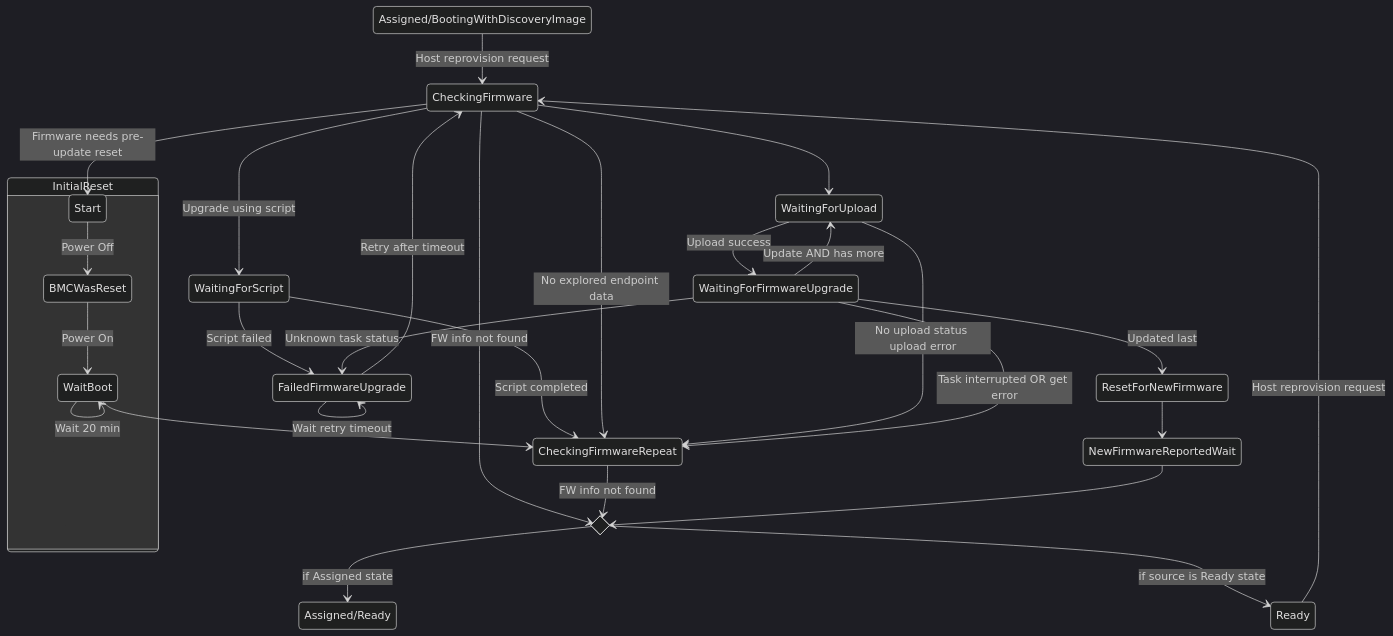
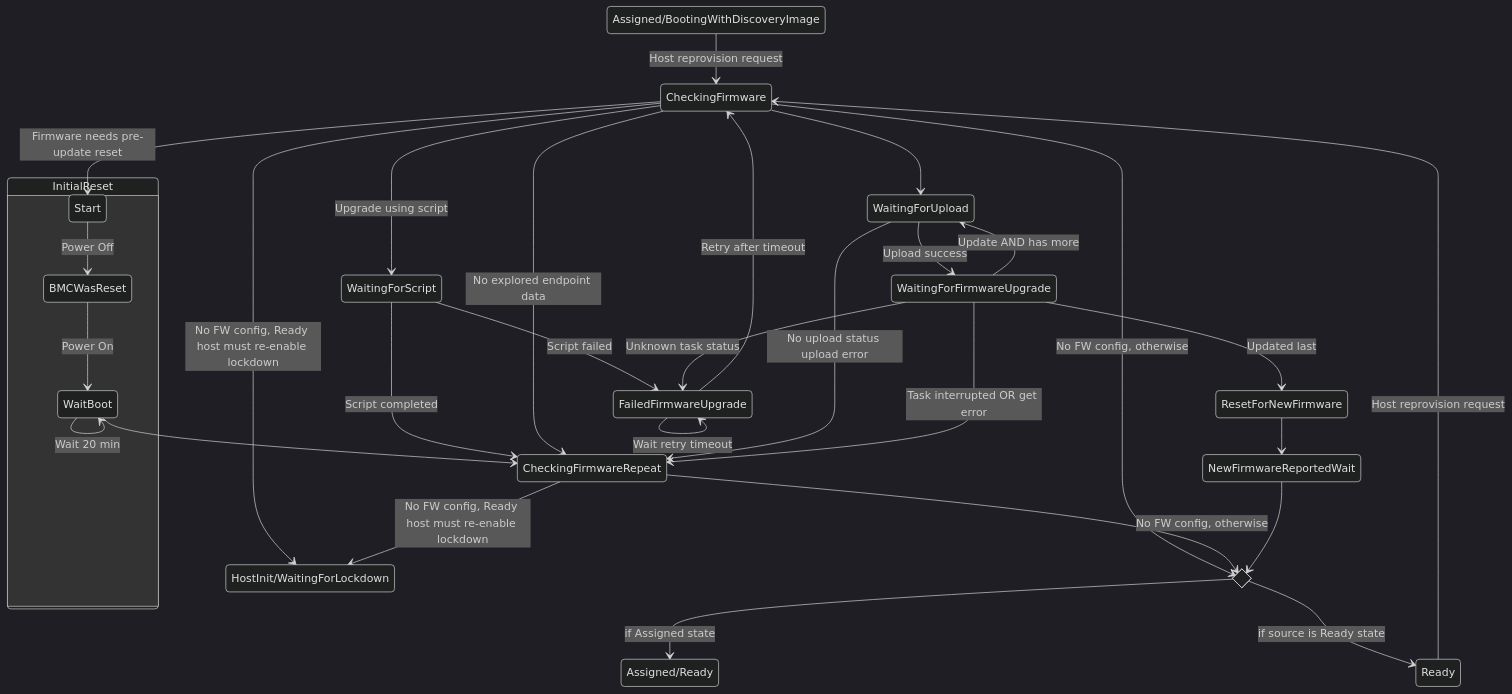
Diagram 16 of 20 in docs/architecture/state_machines/managedhost.md (dsx-ai-factory/infra-controller), drawn with Mermaid (dark theme) before and after one commit. The commit also changed 1 other file, not shown here.

Commit message:
fix(machine): log lockdown re-enable only when it runs
The no-config exit logged that lockdown was being re-enabled before the helper decided. That message now only records the missing config, and the re-enable log sits on the branch that actually enables lockdown. The reprovision diagram shows the Ready-host lockdown handoff.

````diff
--- a/docs/architecture/state_machines/managedhost.md
+++ b/docs/architecture/state_machines/managedhost.md
@@ -1031,51 +1031,54 @@
 ```mermaid
 stateDiagram-v2
     state Ready
     state "Assigned/BootingWithDiscoveryImage" as Assigned_A_BootingWithDiscoveryImage
 
     state "CheckingFirmware" as HR_CheckingFirmware
     state "CheckingFirmwareRepeat" as HR_CheckingFirmwareRepeat
     state "InitialReset" as HR_InitialReset {
         state "Start" as HR_IR_Start
         state "BMCWasReset" as HR_IR_BMCWasReset
         state "WaitBoot" as HR_IR_WaitBoot
     }
     state "WaitingForScript" as HR_WaitingForScript
     state "WaitingForUpload" as HR_WaitingForUpload
     state "WaitingForFirmwareUpgrade" as HR_WaitingForFirmwareUpgrade
     state "ResetForNewFirmware" as HR_ResetForNewFirmware
     state "NewFirmwareReportedWait" as HR_NewFirmwareReportedWait
     state "FailedFirmwareUpgrade" as HR_FailedFirmwareUpgrade
     state hr_completed <<choice>>
 
     state "Assigned/Ready" as Assigned_A_Ready
+    state "HostInit/WaitingForLockdown" as HI_WaitingForLockdown
 
     Ready --> HR_CheckingFirmware : Host reprovision request
     Assigned_A_BootingWithDiscoveryImage --> HR_CheckingFirmware : Host reprovision request
 
     HR_CheckingFirmware --> HR_IR_Start : Firmware needs pre-update reset
     HR_IR_Start --> HR_IR_BMCWasReset : Power Off
     HR_IR_BMCWasReset --> HR_IR_WaitBoot : Power On
     HR_IR_WaitBoot --> HR_IR_WaitBoot : Wait 20 min
     HR_IR_WaitBoot --> HR_CheckingFirmwareRepeat
     HR_CheckingFirmware --> HR_WaitingForScript : Upgrade using script
     HR_WaitingForScript --> HR_CheckingFirmwareRepeat : Script completed
     HR_WaitingForScript --> HR_FailedFirmwareUpgrade : Script failed
     HR_CheckingFirmware --> HR_CheckingFirmwareRepeat : No explored endpoint data
-    HR_CheckingFirmware --> hr_completed : FW info not found
-    HR_CheckingFirmwareRepeat --> hr_completed : FW info not found
+    HR_CheckingFirmware --> HI_WaitingForLockdown : No FW config, Ready host must re-enable lockdown
+    HR_CheckingFirmwareRepeat --> HI_WaitingForLockdown : No FW config, Ready host must re-enable lockdown
+    HR_CheckingFirmware --> hr_completed : No FW config, otherwise
+    HR_CheckingFirmwareRepeat --> hr_completed : No FW config, otherwise
     HR_CheckingFirmware --> HR_WaitingForUpload
     HR_WaitingForUpload --> HR_CheckingFirmwareRepeat : No upload status upload error
     HR_WaitingForUpload --> HR_WaitingForFirmwareUpgrade : Upload success
     HR_WaitingForFirmwareUpgrade --> HR_WaitingForUpload : Update AND has more
     HR_WaitingForFirmwareUpgrade --> HR_ResetForNewFirmware : Updated last
     HR_WaitingForFirmwareUpgrade --> HR_CheckingFirmwareRepeat : Task interrupted OR get error
     HR_WaitingForFirmwareUpgrade --> HR_FailedFirmwareUpgrade : Unknown task status
     HR_ResetForNewFirmware --> HR_NewFirmwareReportedWait
     HR_NewFirmwareReportedWait --> hr_completed
     HR_FailedFirmwareUpgrade --> HR_FailedFirmwareUpgrade : Wait retry timeout
     HR_FailedFirmwareUpgrade --> HR_CheckingFirmware : Retry after timeout
 
     hr_completed --> Assigned_A_Ready : if Assigned state
     hr_completed --> Ready : if source is Ready state
 ```
````
